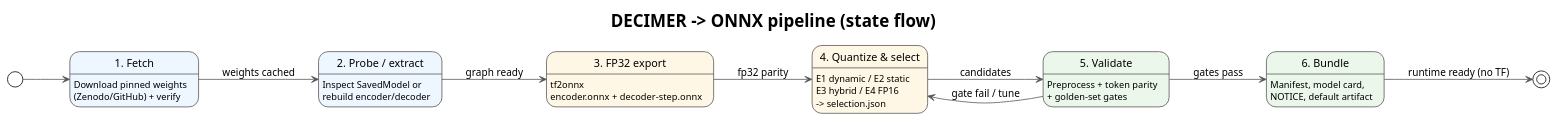
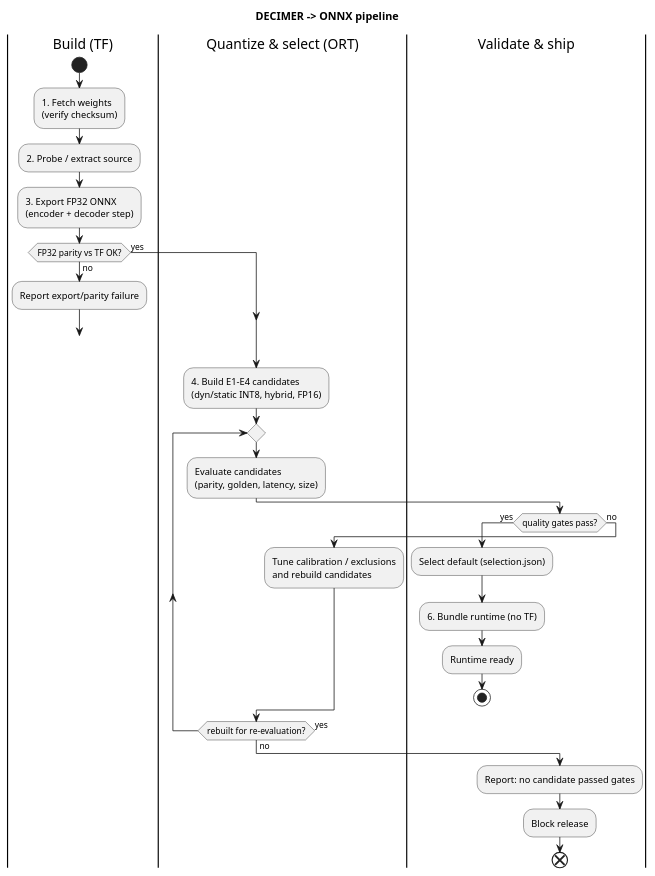
The diagram in docs/pipeline.puml (spalax-dev/decimer-onnx-toolchain), drawn with PlantUML before and after one commit. The commit also changed 8 other files, not shown here.

First line of the commit message:
Simplify pipeline diagram and implement probe/fetch updates

```diff
--- a/docs/pipeline.puml
+++ b/docs/pipeline.puml
@@ -1,30 +1,42 @@
 @startuml pipeline
-!theme plain
-left to right direction
+skinparam monochrome true
 skinparam backgroundColor white
 skinparam shadowing false
 skinparam defaultFontName SansSerif
-skinparam ArrowColor #555555
-skinparam state {
-  BorderColor #555555
-  BackgroundColor #F8F9FA
-}
 
-title DECIMER -> ONNX pipeline (state flow)
+title DECIMER -> ONNX pipeline
 
-state "1. Fetch" as S1 #EEF6FF : Download pinned weights\n(Zenodo/GitHub) + verify
-state "2. Probe / extract" as S2 #EEF6FF : Inspect SavedModel or\nrebuild encoder/decoder
-state "3. FP32 export" as S3 #FFF7E6 : tf2onnx\nencoder.onnx + decoder-step.onnx
-state "4. Quantize & select" as S4 #FFF7E6 : E1 dynamic / E2 static\nE3 hybrid / E4 FP16\n-> selection.json
-state "5. Validate" as S5 #EAF7EA : Preprocess + token parity\n+ golden-set gates
-state "6. Bundle" as S6 #EAF7EA : Manifest, model card,\nNOTICE, default artifact
+|Build (TF)|
+start
+:1. Fetch weights\n(verify checksum);
+:2. Probe / extract source;
+:3. Export FP32 ONNX\n(encoder + decoder step);
+if (FP32 parity vs TF OK?) then (yes)
+else (no)
+  :Report export/parity failure;
+  goto fail
+endif
 
-[*] --> S1
-S1 --> S2 : weights cached
-S2 --> S3 : graph ready
-S3 --> S4 : fp32 parity
-S4 --> S5 : candidates
-S5 --> S6 : gates pass
-S5 --> S4 : gate fail / tune
-S6 --> [*] : runtime ready (no TF)
+|Quantize & select (ORT)|
+:4. Build E1-E4 candidates\n(dyn/static INT8, hybrid, FP16);
+repeat
+  :Evaluate candidates\n(parity, golden, latency, size);
+
+  |Validate & ship|
+  if (quality gates pass?) then (yes)
+    :Select default (selection.json);
+    :6. Bundle runtime (no TF);
+    :Runtime ready;
+    stop
+  else (no)
+    |Quantize & select (ORT)|
+    :Tune calibration / exclusions\nand rebuild candidates;
+  endif
+repeat while (rebuilt for re-evaluation?) is (yes) not (no)
+
+|Validate & ship|
+:Report: no candidate passed gates;
+label fail
+:Block release;
+end
 @enduml
```
